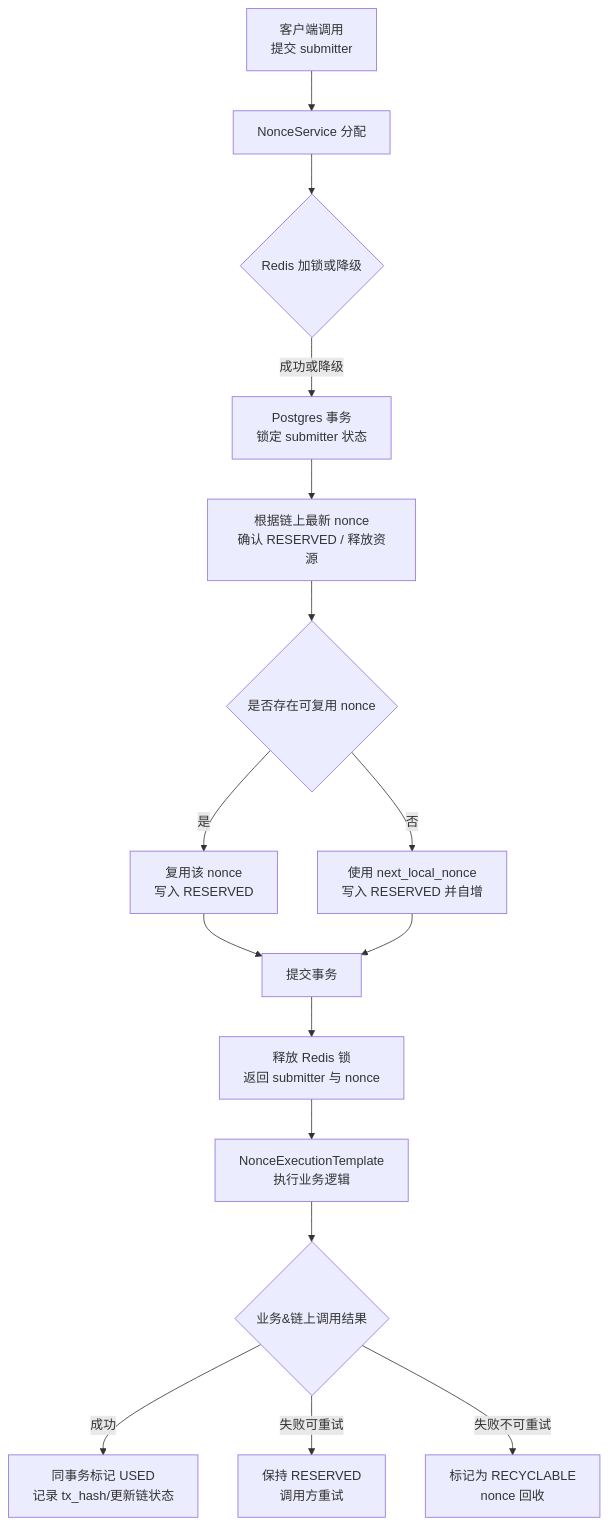
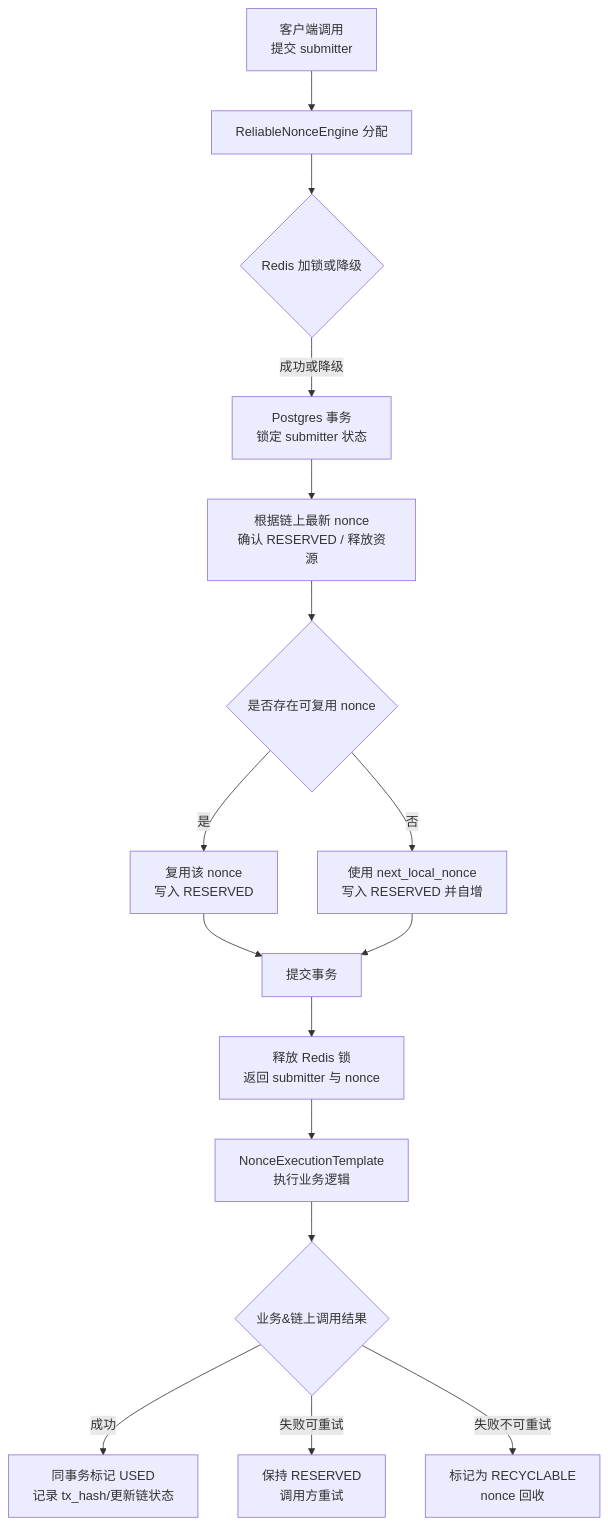
Before and after one commit to cedardinh/nonce-demo: the diagram in README.md, drawn with Mermaid. The commit also changed other lines of this file and 29 other files, not shown here.

````diff
--- a/README.md
+++ b/README.md
@@ -51,18 +51,18 @@
 ```mermaid
 graph TD
-    A[客户端调用\n提交 submitter] --> B[NonceService 分配]
+    A[客户端调用\n提交 submitter] --> B[ReliableNonceEngine 分配]
     B --> C{Redis 加锁或降级}
     C -->|成功或降级| D[Postgres 事务\n锁定 submitter 状态]
     D --> X[根据链上最新 nonce\n确认 RESERVED / 释放资源]
     X --> E{是否存在可复用 nonce}
     E -->|是| F[复用该 nonce\n写入 RESERVED]
     E -->|否| G[使用 next_local_nonce\n写入 RESERVED 并自增]
     F --> H[提交事务]
     G --> H
     H --> I[释放 Redis 锁\n返回 submitter 与 nonce]
     I --> J[NonceExecutionTemplate\n执行业务逻辑]
     J --> K{业务&链上调用结果}
     K -->|成功| L[同事务标记 USED\n记录 tx_hash/更新链状态]
     K -->|失败可重试| M[保持 RESERVED\n调用方重试]
     K -->|失败不可重试| N[标记为 RECYCLABLE\nnonce 回收]
 ```
````
